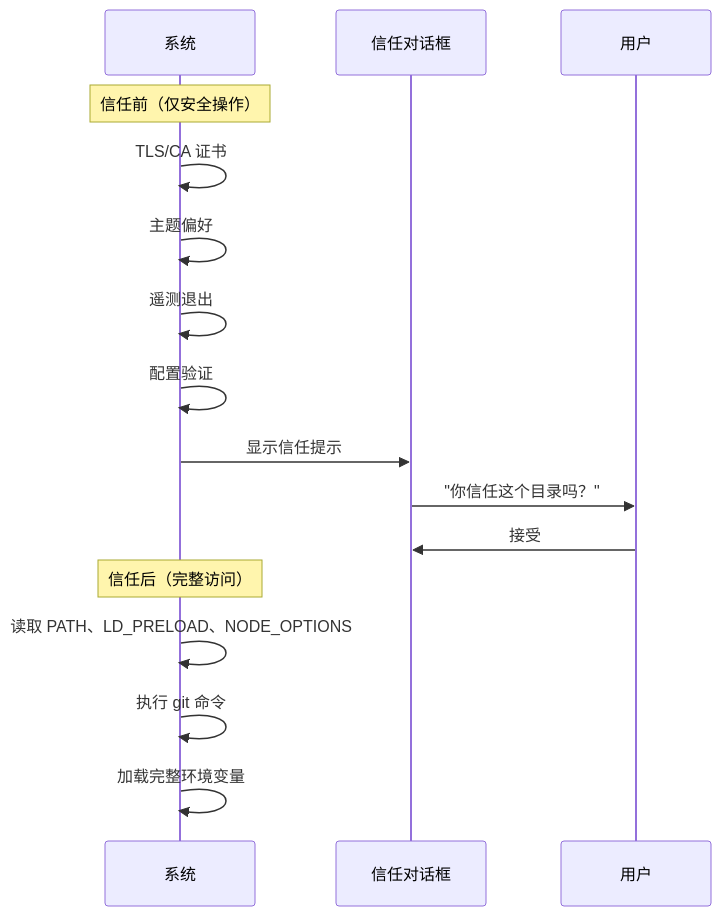
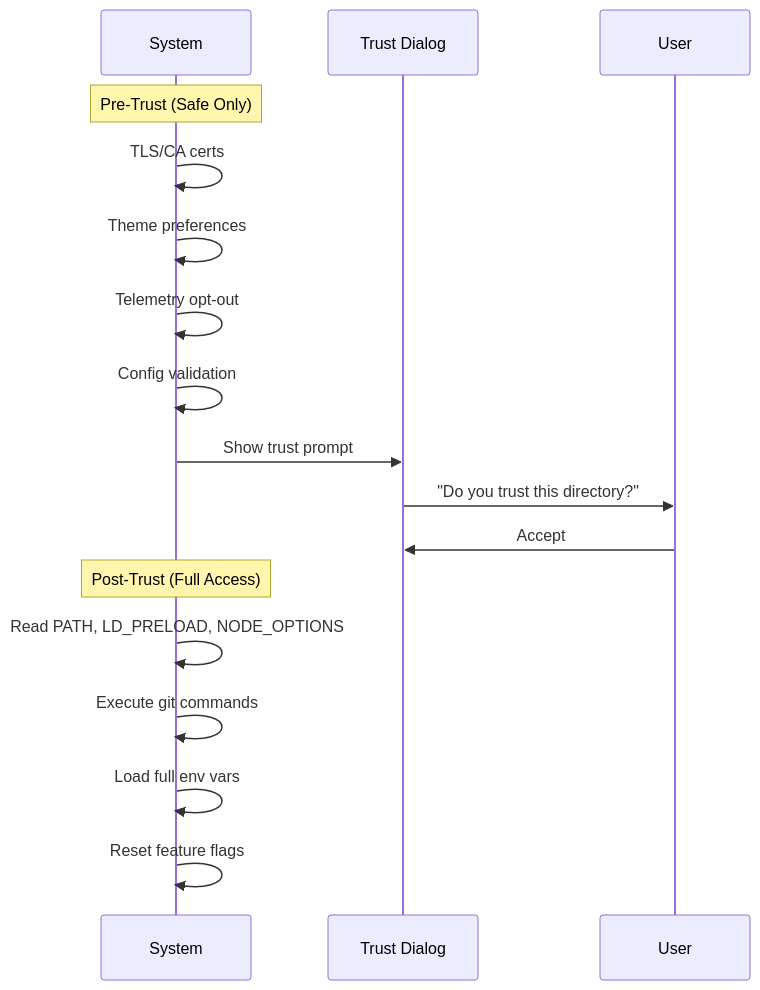
The second of 4 diagrams in book-zh/ch02-bootstrap.md (llwanghong/claude-code-universe), drawn with Mermaid before and after one commit. The commit also changed other lines of this file and 4 other files, not shown here.

````diff
--- a/book-zh/ch02-bootstrap.md
+++ b/book-zh/ch02-bootstrap.md
@@ -54,21 +92,22 @@
 ```mermaid
 sequenceDiagram
-    participant S as 系统
-    participant T as 信任对话框
-    participant U as 用户
+    participant S as System
+    participant T as Trust Dialog
+    participant U as User
 
-    Note over S: 信任前（仅安全操作）
-    S->>S: TLS/CA 证书
-    S->>S: 主题偏好
-    S->>S: 遥测退出
-    S->>S: 配置验证
+    Note over S: Pre-Trust (Safe Only)
+    S->>S: TLS/CA certs
+    S->>S: Theme preferences
+    S->>S: Telemetry opt-out
+    S->>S: Config validation
 
-    S->>T: 显示信任提示
-    T->>U: "你信任这个目录吗？"
-    U->>T: 接受
+    S->>T: Show trust prompt
+    T->>U: "Do you trust this directory?"
+    U->>T: Accept
 
-    Note over S: 信任后（完整访问）
-    S->>S: 读取 PATH、LD_PRELOAD、NODE_OPTIONS
-    S->>S: 执行 git 命令
-    S->>S: 加载完整环境变量
+    Note over S: Post-Trust (Full Access)
+    S->>S: Read PATH, LD_PRELOAD, NODE_OPTIONS
+    S->>S: Execute git commands
+    S->>S: Load full env vars
+    S->>S: Reset feature flags
 ```
````
